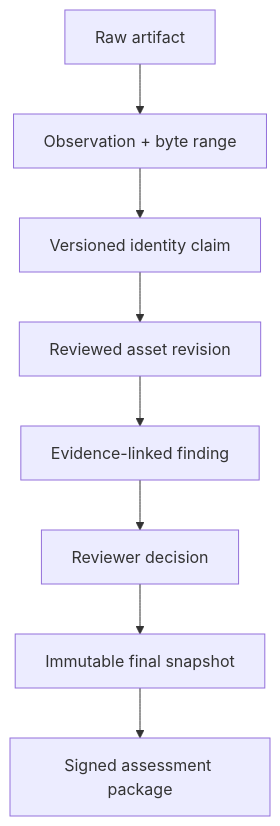
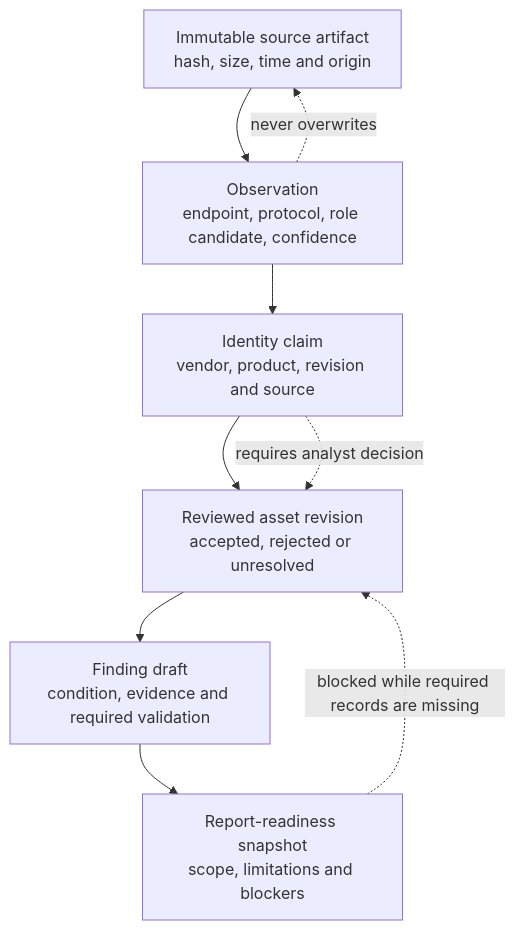
Before and after one commit to charifmahmoudi/mobile-ot-security-assessment: the sixth of 6 diagrams in docs/wiki/Technical-Architecture.md, drawn with Mermaid. The commit also changed other lines of this file and 2 other files, not shown here.

Commit message:
Rebuild product documentation and architecture narrative

````diff
--- a/docs/wiki/Technical-Architecture.md
+++ b/docs/wiki/Technical-Architecture.md
@@ -83,10 +178,14 @@
 ```mermaid
-flowchart TD
-  RAW["Raw artifact"] --> OBS["Observation + byte range"]
-  OBS --> CLAIM["Versioned identity claim"]
-  CLAIM --> ASSET["Reviewed asset revision"]
-  ASSET --> FIND["Evidence-linked finding"]
-  FIND --> DECIDE["Reviewer decision"]
-  DECIDE --> SNAP["Immutable final snapshot"]
-  SNAP --> PKG["Signed assessment package"]
+flowchart TB
+  RAW["Immutable source artifact<br/>hash, size, time and origin"]
+  OBS["Observation<br/>endpoint, protocol, role candidate, confidence"]
+  CLAIM["Identity claim<br/>vendor, product, revision and source"]
+  ASSET["Reviewed asset revision<br/>accepted, rejected or unresolved"]
+  FINDING["Finding draft<br/>condition, evidence and required validation"]
+  HANDOFF["Report-readiness snapshot<br/>scope, limitations and blockers"]
+
+  RAW --> OBS --> CLAIM --> ASSET --> FINDING --> HANDOFF
+  OBS -. "never overwrites" .-> RAW
+  CLAIM -. "requires analyst decision" .-> ASSET
+  HANDOFF -. "blocked while required records are missing" .-> ASSET
 ```
````
